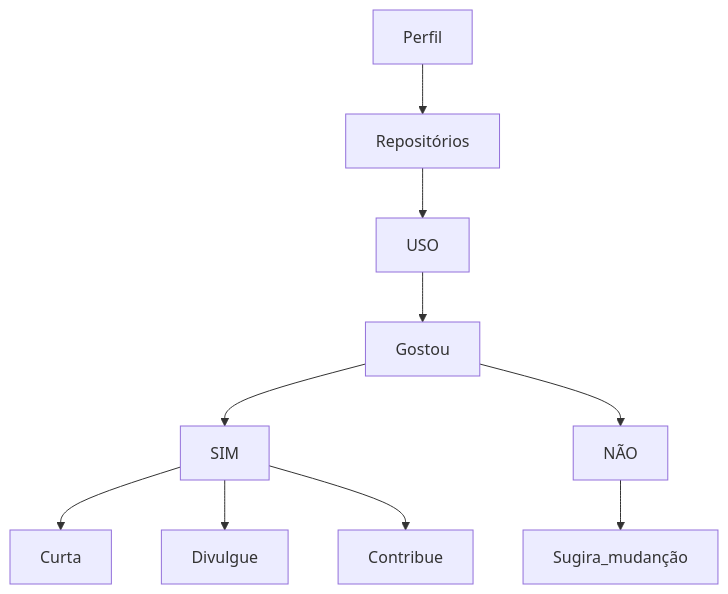
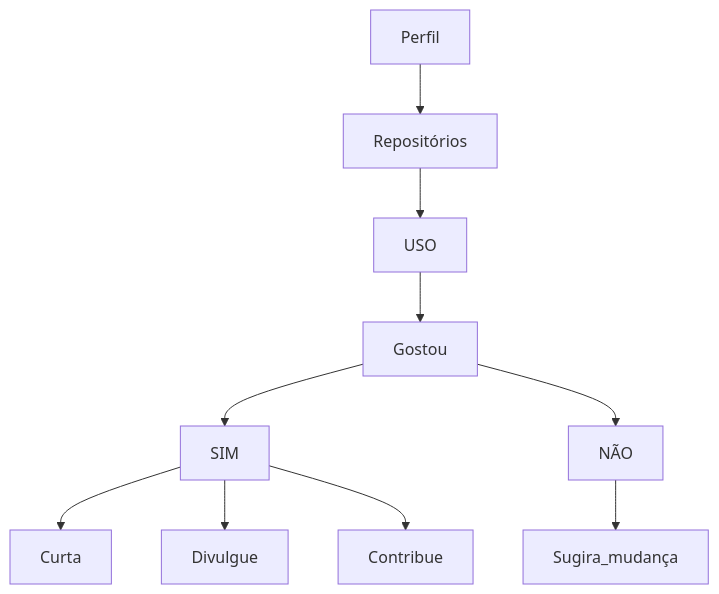
Before and after one commit to OgliariNatan/OgliariNatan: the diagram in README.md, drawn with Mermaid.

Commit message:
Update README.md
dweg

````diff
--- a/README.md
+++ b/README.md
@@ -7,13 +7,13 @@
 ```mermaid
   graph TD;
     Perfil-->Repositórios;
     Repositórios-->USO;
     USO-->Gostou;
     Gostou-->SIM;
     SIM-->Curta;
     SIM-->Divulgue;
     SIM-->Contribue;
     Gostou-->NÃO;
-    NÃO-->Sugira_mudanção;
+    NÃO-->Sugira_mudança;
     
 ```
````
